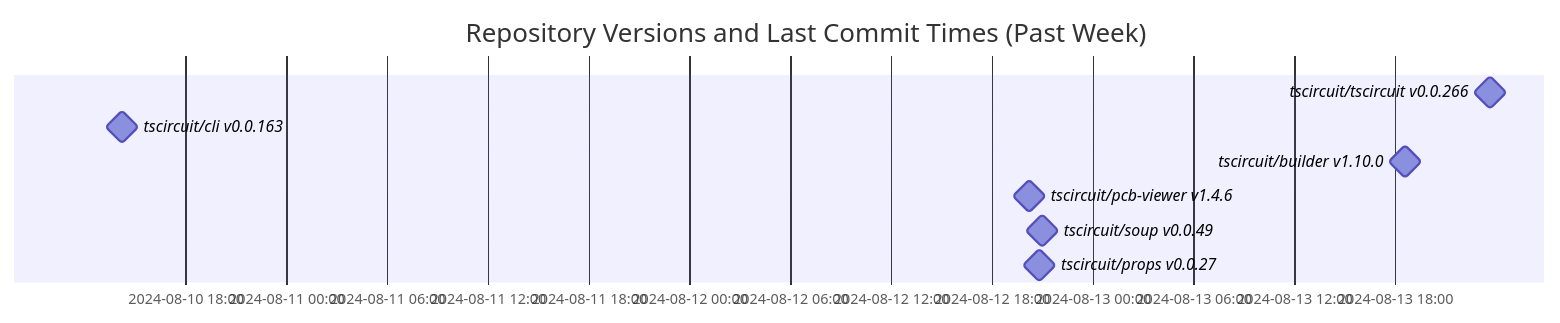
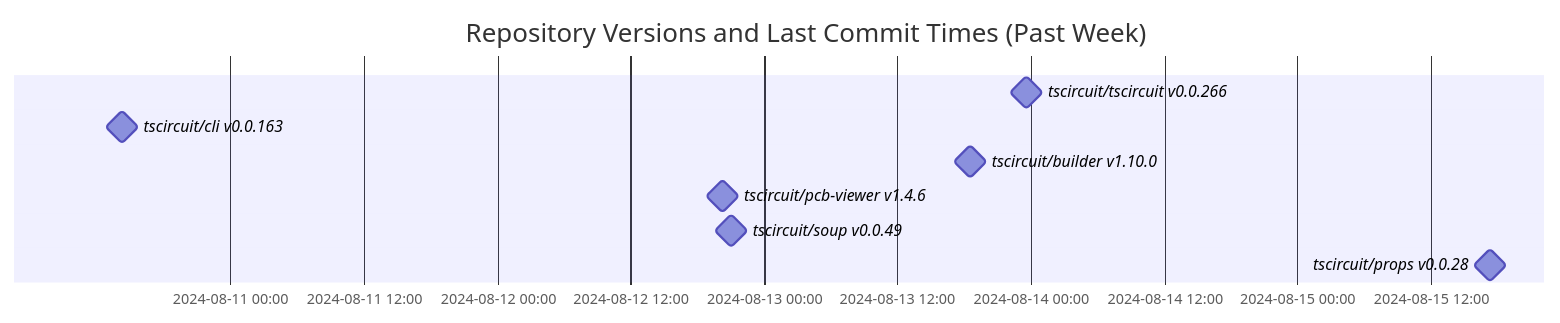
The diagram in README.md (tscircuit/version-tracker), drawn with Mermaid before and after one commit.

Commit message:
Update chart

````diff
--- a/README.md
+++ b/README.md
@@ -1,13 +1,13 @@
 ```mermaid
 gantt
   dateFormat  YYYY-MM-DD HH:mm:ss
   title Repository Versions and Last Commit Times (Past Week)
   axisFormat %Y-%m-%d %H:%M
 
   tscircuit/tscircuit v0.0.266 : milestone, 2024-08-13 23:37:39, 1s
   tscircuit/cli v0.0.163 : milestone, 2024-08-10 14:15:28, 1s
   tscircuit/builder v1.10.0 : milestone, 2024-08-13 18:36:04, 1s
   tscircuit/pcb-viewer v1.4.6 : milestone, 2024-08-12 20:14:33, 1s
   tscircuit/soup v0.0.49 : milestone, 2024-08-12 20:59:08, 1s
-  tscircuit/props v0.0.27 : milestone, 2024-08-12 20:48:48, 1s
+  tscircuit/props v0.0.28 : milestone, 2024-08-15 17:18:10, 1s
 ```
````
